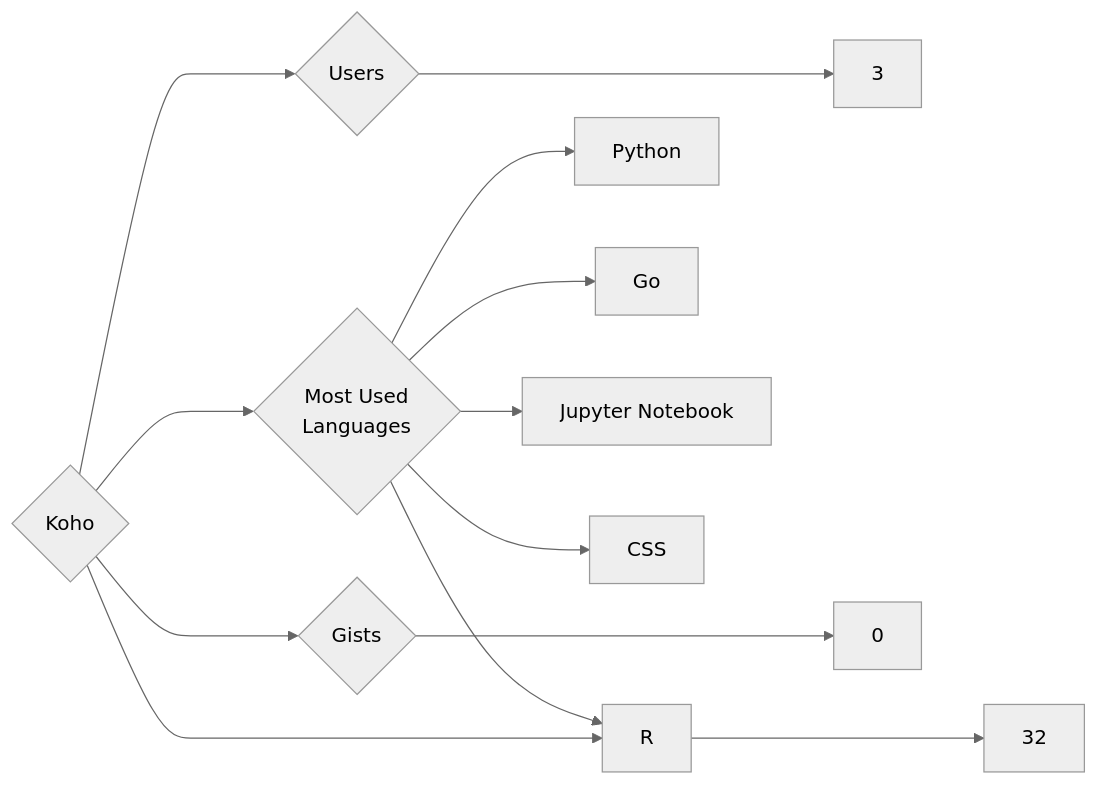
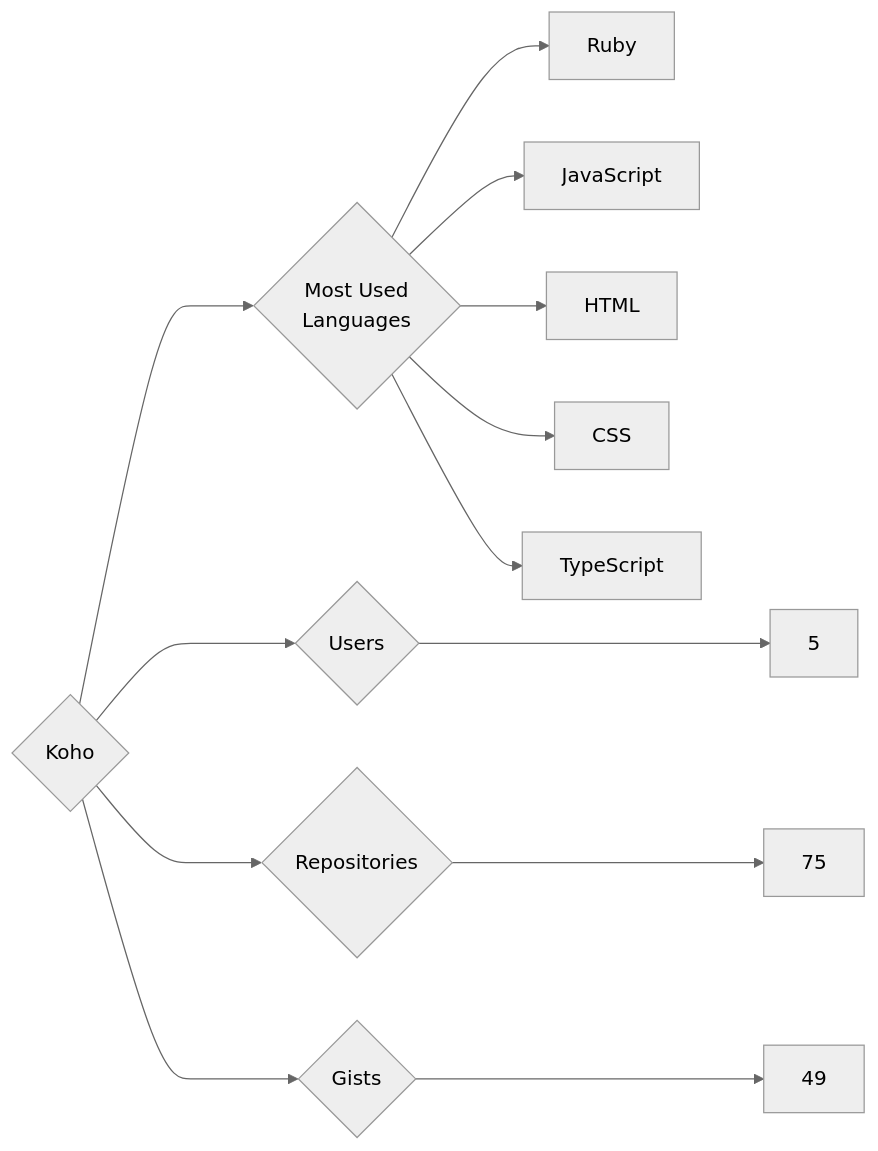
One commit to trickest/insiders changed the diagram in targets/Koho/README.md. Above: the diagram before and after it, drawn with Mermaid (neutral theme). The commit also changed 932 other files, not shown here.

````diff
--- a/targets/Koho/README.md
+++ b/targets/Koho/README.md
@@ -3,13 +3,13 @@
 ```mermaid
 graph LR
 COMPANY_NAME{Koho}
-COMPANY_NAME ---> U{Users} ---> UN[3]
-COMPANY_NAME ---> R{Repositories} ---> RN[32]
-COMPANY_NAME ---> G{Gists} ---> GN[0]
+COMPANY_NAME ---> U{Users} ---> UN[5]
+COMPANY_NAME ---> R{Repositories} ---> RN[75]
+COMPANY_NAME ---> G{Gists} ---> GN[49]
 COMPANY_NAME ---> ML{Most Used<br>Languages}
-ML --> Python[Python]
-ML --> Go[Go]
-ML --> R[R]
-ML --> Jupyter_Notebook[Jupyter Notebook]
+ML --> Ruby[Ruby]
+ML --> JavaScript[JavaScript]
+ML --> HTML[HTML]
 ML --> CSS[CSS]
+ML --> TypeScript[TypeScript]
 ```
````
